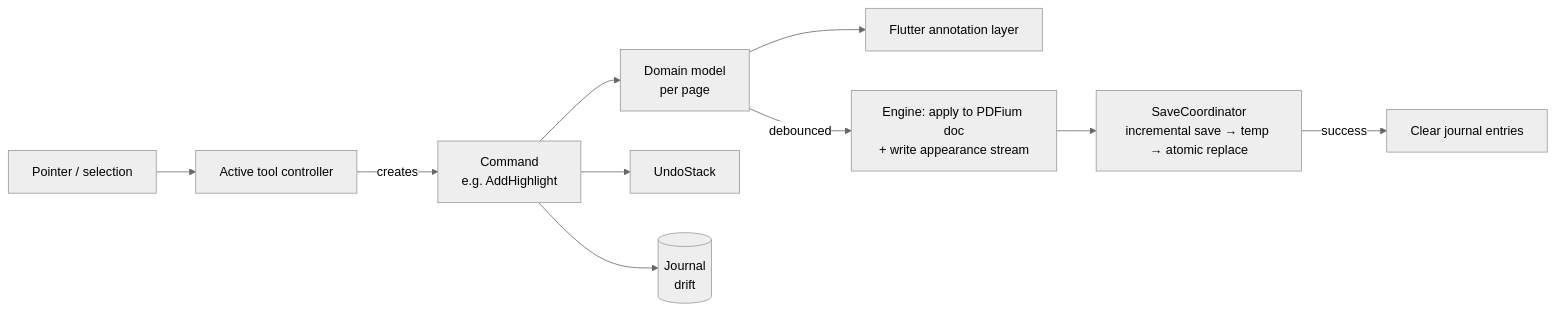
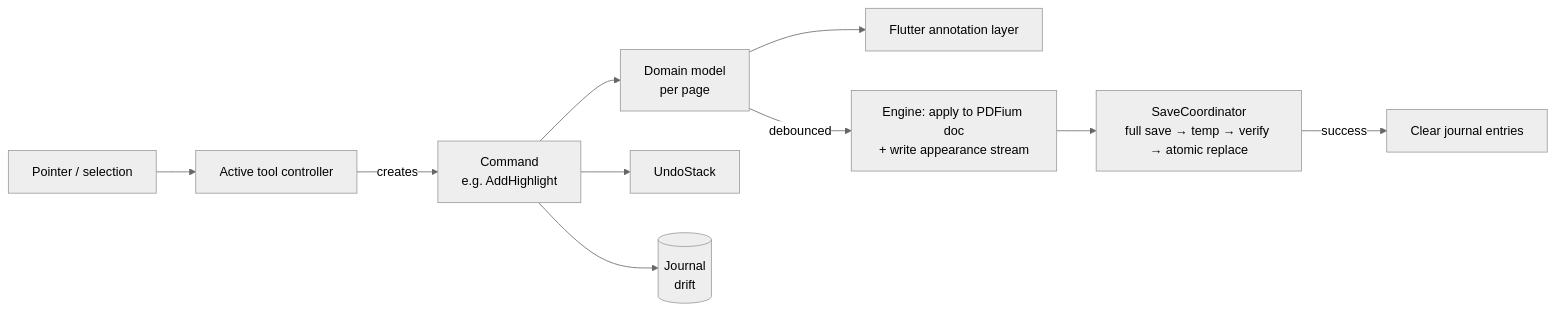
The third of 3 diagrams in docs/plan/03-architecture.md (Frerol/doxa-pdf), drawn with Mermaid (neutral theme) before and after one commit. The commit also changed other lines of this file and 12 other files, not shown here.

````diff
--- a/docs/plan/03-architecture.md
+++ b/docs/plan/03-architecture.md
@@ -110,12 +110,12 @@
 ```mermaid
 flowchart LR
   Input[Pointer / selection] --> Tool[Active tool controller]
   Tool -->|creates| Cmd[Command<br/>e.g. AddHighlight]
   Cmd --> Model[Domain model<br/>per page]
   Cmd --> Undo[UndoStack]
   Cmd --> Journal[(Journal<br/>drift)]
   Model --> Overlay[Flutter annotation layer]
   Model -->|debounced| Sync[Engine: apply to PDFium doc<br/>+ write appearance stream]
-  Sync --> SaveC[SaveCoordinator<br/>incremental save → temp → atomic replace]
+  Sync --> SaveC[SaveCoordinator<br/>full save → temp → verify → atomic replace]
   SaveC -->|success| JClear[Clear journal entries]
 ```
````
